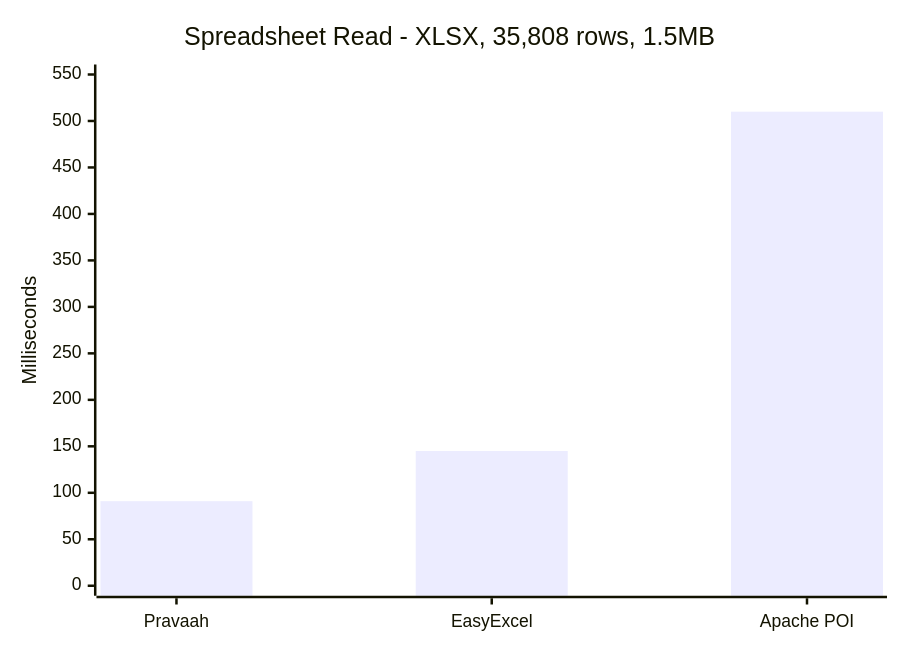
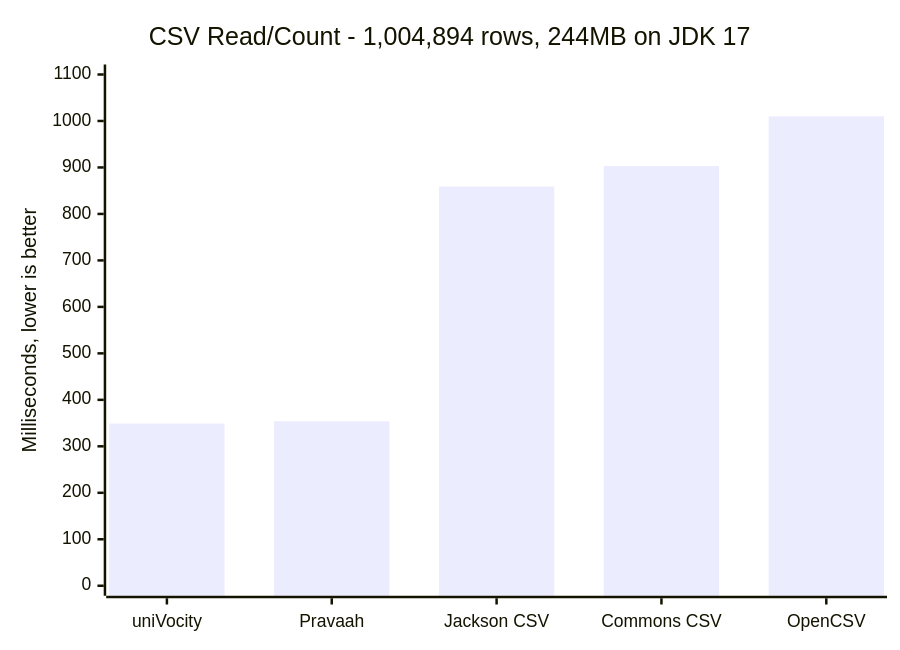
Before and after one commit to beingmartinbmc/pravaah-java: the second of 6 diagrams in README.md, drawn with Mermaid. The commit also changed other lines of this file and 1 other file, not shown here.

````diff
--- a/README.md
+++ b/README.md
@@ -373,7 +373,7 @@
 ```mermaid
 xychart-beta
-    title "Spreadsheet Read - XLSX, 35,808 rows, 1.5MB"
-    x-axis ["Pravaah", "EasyExcel", "Apache POI"]
-    y-axis "Milliseconds" 0 --> 550
-    bar [91, 145, 510]
+    title "CSV Read/Count - 1,004,894 rows, 244MB on JDK 17"
+    x-axis ["uniVocity", "Pravaah", "Jackson CSV", "Commons CSV", "OpenCSV"]
+    y-axis "Milliseconds, lower is better" 0 --> 1100
+    bar [349, 354, 859, 903, 1010]
 ```
````
